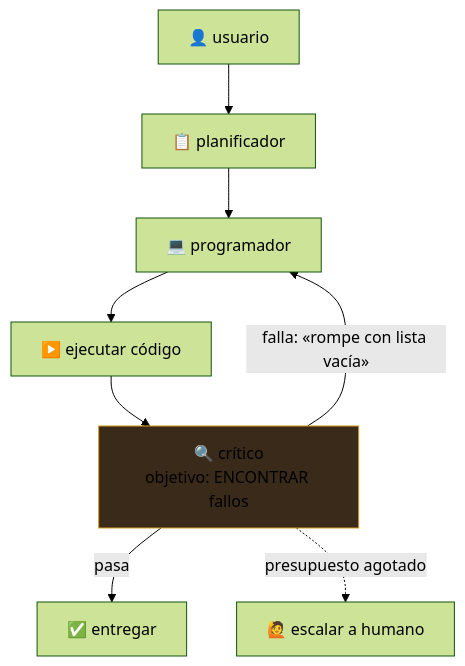
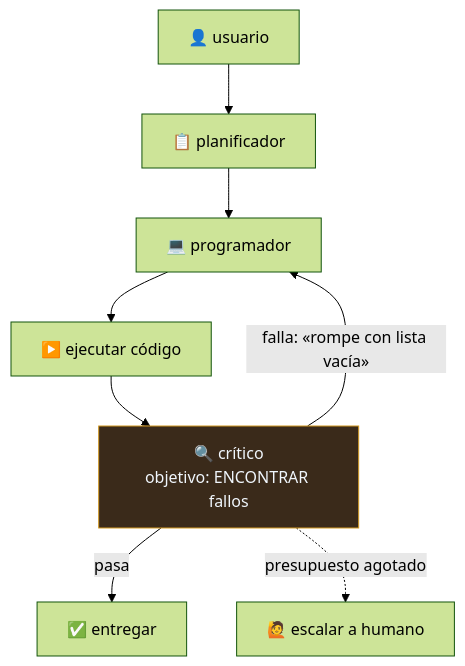
Before and after one commit to vladimiracunadev-create/artificial-intelligence-evolution-program: the diagram in papers/foundational/P33_autogen/README.md, drawn with Mermaid (forest theme). The commit also changed 27 other files, not shown here.

First line of the commit message:
Compilaciones: Windows en tres formatos y APK versionado; contraste de diagramas

````diff
--- a/papers/foundational/P33_autogen/README.md
+++ b/papers/foundational/P33_autogen/README.md
@@ -85,11 +85,11 @@
 ```mermaid
 flowchart TD
     U["👤 usuario"] --> P["📋 planificador"]
     P --> C["💻 programador"]
     C --> X["▶️ ejecutar código"]
     X --> K["🔍 crítico<br/>objetivo: ENCONTRAR fallos"]
     K -->|"falla: «rompe con lista vacía»"| C
     K -->|"pasa"| E["✅ entregar"]
     K -.->|"presupuesto agotado"| H["🙋 escalar a humano"]
-    style K fill:#3a2a1a,stroke:#d29922
+    style K fill:#3a2a1a,stroke:#d29922,color:#f0f6fc
 ```
````
